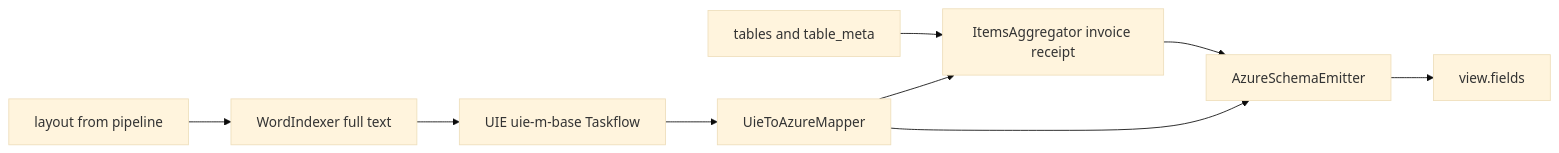
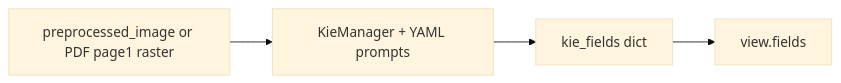
The diagram in docs/architecture/kie.md (livezingy/DocuVision), drawn with Mermaid (base theme) before and after one commit. The commit also changed other lines of this file and 20 other files, not shown here.

First line of the commit message:
feat: Qwen2.5-VL KIE pipeline and unify backend requirements

````diff
--- a/docs/architecture/kie.md
+++ b/docs/architecture/kie.md
@@ -23,20 +25,9 @@
 ```mermaid
 flowchart LR
-  layout[layout from pipeline]
-  tables[tables and table_meta]
-  indexer[WordIndexer full text]
-  uie[UIE uie-m-base Taskflow]
-  mapper[UieToAzureMapper]
-  agg[ItemsAggregator invoice receipt]
-  emit[AzureSchemaEmitter]
+  img[preprocessed_image or PDF page1 raster]
+  km[KieManager + YAML prompts]
+  fields[kie_fields dict]
   view[view.fields]
 
-  layout --> indexer
-  indexer --> uie
-  uie --> mapper
-  tables --> agg
-  mapper --> agg
-  mapper --> emit
-  agg --> emit
-  emit --> view
+  img --> km --> fields --> view
 ```
````
